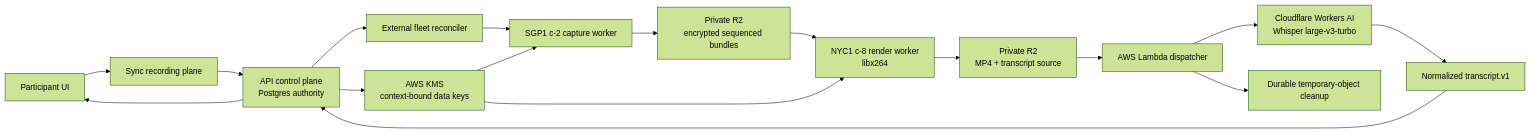
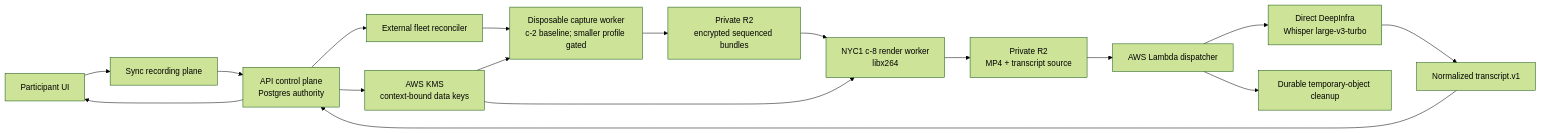
One commit to Q9Labs/chalk changed the diagram in docs/recording-transcription.md. Above: the diagram before and after it, drawn with Mermaid (forest theme). The commit also changed other lines of this file and 87 other files, not shown here.

````diff
--- a/docs/recording-transcription.md
+++ b/docs/recording-transcription.md
@@ -11,19 +41,19 @@
 ```mermaid
 flowchart LR
   participant[Participant UI] --> sync[Sync recording plane]
   sync --> api[API control plane<br/>Postgres authority]
   api --> fleet[External fleet reconciler]
-  fleet --> capture[SGP1 c-2 capture worker]
+  fleet --> capture[Disposable capture worker<br/>c-2 baseline; smaller profile gated]
   capture --> temp[Private R2<br/>encrypted sequenced bundles]
   api --> kms[AWS KMS<br/>context-bound data keys]
   temp --> render[NYC1 c-8 render worker<br/>libx264]
   kms --> capture
   kms --> render
   render --> artifact[Private R2<br/>MP4 + transcript source]
   artifact --> dispatcher[AWS Lambda dispatcher]
-  dispatcher --> asr[Cloudflare Workers AI<br/>Whisper large-v3-turbo]
+  dispatcher --> asr[Direct DeepInfra<br/>Whisper large-v3-turbo]
   asr --> transcript[Normalized transcript.v1]
   transcript --> api
   api --> participant
   dispatcher --> cleanup[Durable temporary-object cleanup]
 ```
````
